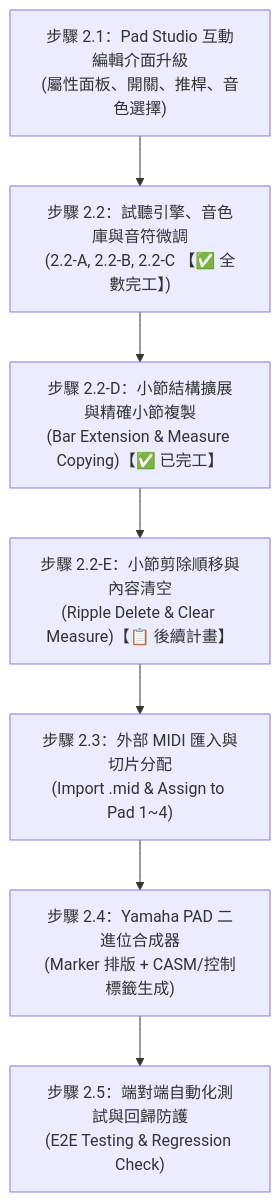
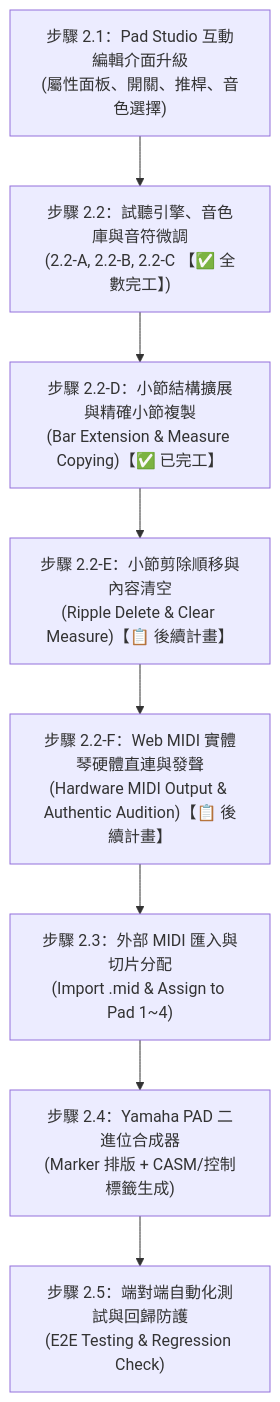
Before and after one commit to CMChen59/Yamaha-Midi-Edit: the diagram in PHASE_2_PLAN.md, drawn with Mermaid. The commit also changed other lines of this file and 1 other file, not shown here.

Commit message:
docs: add Step 2.2-F (Web MIDI hardware keyboard audition & voice sync) to future plan

````diff
--- a/PHASE_2_PLAN.md
+++ b/PHASE_2_PLAN.md
@@ -17,9 +17,10 @@
 ```mermaid
 flowchart TD
     Step21["步驟 2.1：Pad Studio 互動編輯介面升級<br/>(屬性面板、開關、推桿、音色選擇)"] --> Step22["步驟 2.2：試聽引擎、音色庫與音符微調<br/>(2.2-A, 2.2-B, 2.2-C 【✅ 全數完工】)"]
     Step22 --> Step22_D["步驟 2.2-D：小節結構擴展與精確小節複製<br/>(Bar Extension & Measure Copying)【✅ 已完工】"]
     Step22_D --> Step22_E["步驟 2.2-E：小節剪除順移與內容清空<br/>(Ripple Delete & Clear Measure)【📋 後續計畫】"]
-    Step22_E --> Step23["步驟 2.3：外部 MIDI 匯入與切片分配<br/>(Import .mid & Assign to Pad 1~4)"]
+    Step22_E --> Step22_F["步驟 2.2-F：Web MIDI 實體琴硬體直連與發聲<br/>(Hardware MIDI Output & Authentic Audition)【📋 後續計畫】"]
+    Step22_F --> Step23["步驟 2.3：外部 MIDI 匯入與切片分配<br/>(Import .mid & Assign to Pad 1~4)"]
     Step23 --> Step24["步驟 2.4：Yamaha PAD 二進位合成器<br/>(Marker 排版 + CASM/控制標籤生成)"]
     Step24 --> Step25["步驟 2.5：端對端自動化測試與回歸防護<br/>(E2E Testing & Regression Check)"]
 ```
````
